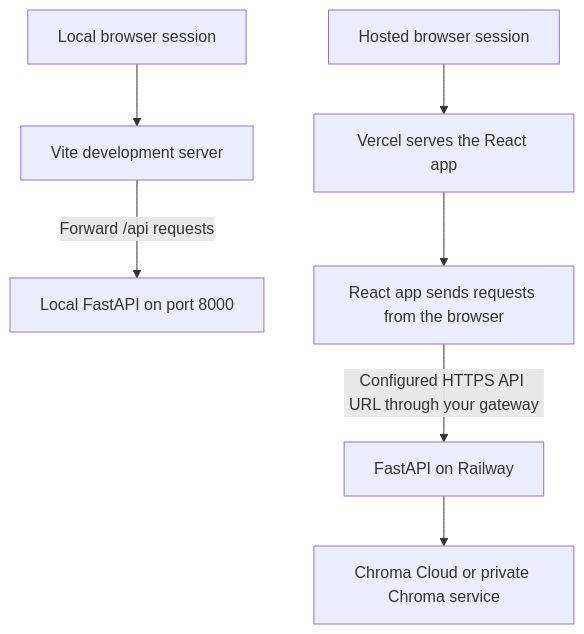
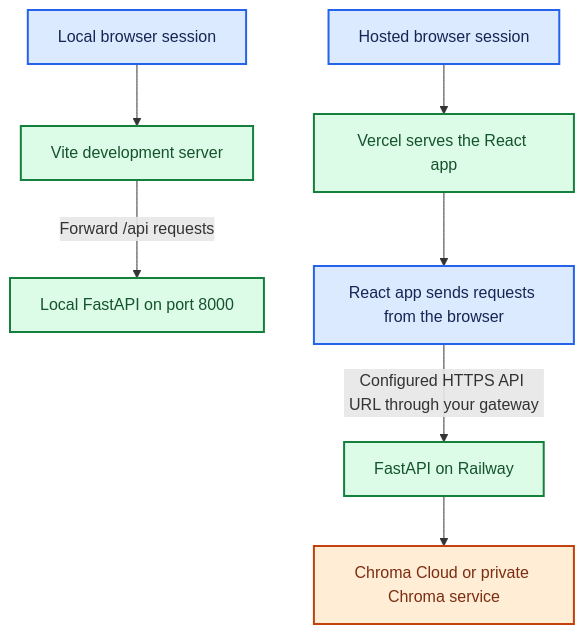
One commit to girisheduru/archgovasst changed the ninth of 9 diagrams in flowdiagrams.md. Above: the diagram before and after it, drawn with Mermaid. The commit also changed other lines of this file and 18 other files, not shown here.

Commit message:
Nodes and architecture changed along with banners and comments

````diff
--- a/flowdiagrams.md
+++ b/flowdiagrams.md
@@ -149,9 +261,16 @@
 ```mermaid
 flowchart TD
     Local["Local browser session"] --> Vite["Vite development server"]
     Vite -->|"Forward /api requests"| LocalAPI["Local FastAPI on port 8000"]
     Hosted["Hosted browser session"] --> Vercel["Vercel serves the React app"]
     Vercel --> Browser["React app sends requests from the browser"]
     Browser -->|"Configured HTTPS API URL through your gateway"| Railway["FastAPI on Railway"]
     Railway --> Chroma["Chroma Cloud or private Chroma service"]
+
+    classDef user fill:#dbeafe,stroke:#2563eb,color:#172554,stroke-width:2px;
+    class Local,Hosted,Browser user;
+    classDef process fill:#dcfce7,stroke:#15803d,color:#14532d,stroke-width:2px;
+    class Vite,LocalAPI,Vercel,Railway process;
+    classDef store fill:#ffedd5,stroke:#c2410c,color:#7c2d12,stroke-width:2px;
+    class Chroma store;
 ```
````
